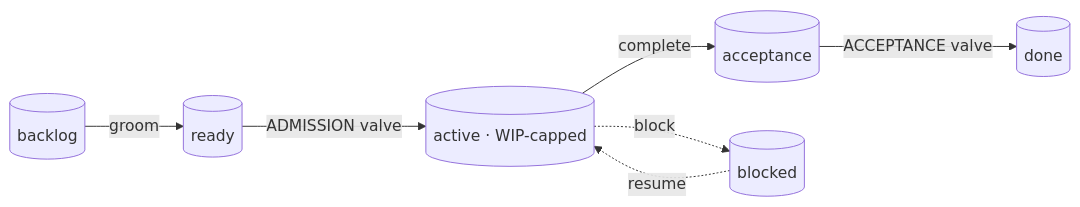
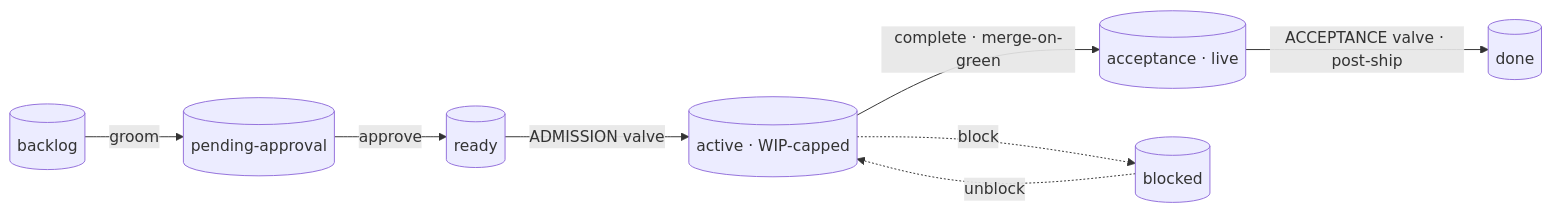
The third of 4 diagrams in plan/work-item-state-machine/research/02-design.md (thewoolleyman/livespec), drawn with Mermaid before and after one commit. The commit also changed other lines of this file and 1 other file, not shown here.

````diff
--- a/plan/work-item-state-machine/research/02-design.md
+++ b/plan/work-item-state-machine/research/02-design.md
@@ -161,9 +227,10 @@
 ```mermaid
 flowchart LR
-  BL[("backlog")] -->|groom| RD[("ready")]
+  BL[("backlog")] -->|groom| PA[("pending-approval")]
+  PA -->|approve| RD[("ready")]
   RD -->|"ADMISSION valve"| AC[("active · WIP-capped")]
-  AC -->|"complete"| AT[("acceptance")]
-  AT -->|"ACCEPTANCE valve"| DN[("done")]
+  AC -->|"complete · merge-on-green"| AT[("acceptance · live")]
+  AT -->|"ACCEPTANCE valve · post-ship"| DN[("done")]
   AC -. block .-> BLK[("blocked")]
-  BLK -. resume .-> AC
+  BLK -. unblock .-> AC
 ```
````
